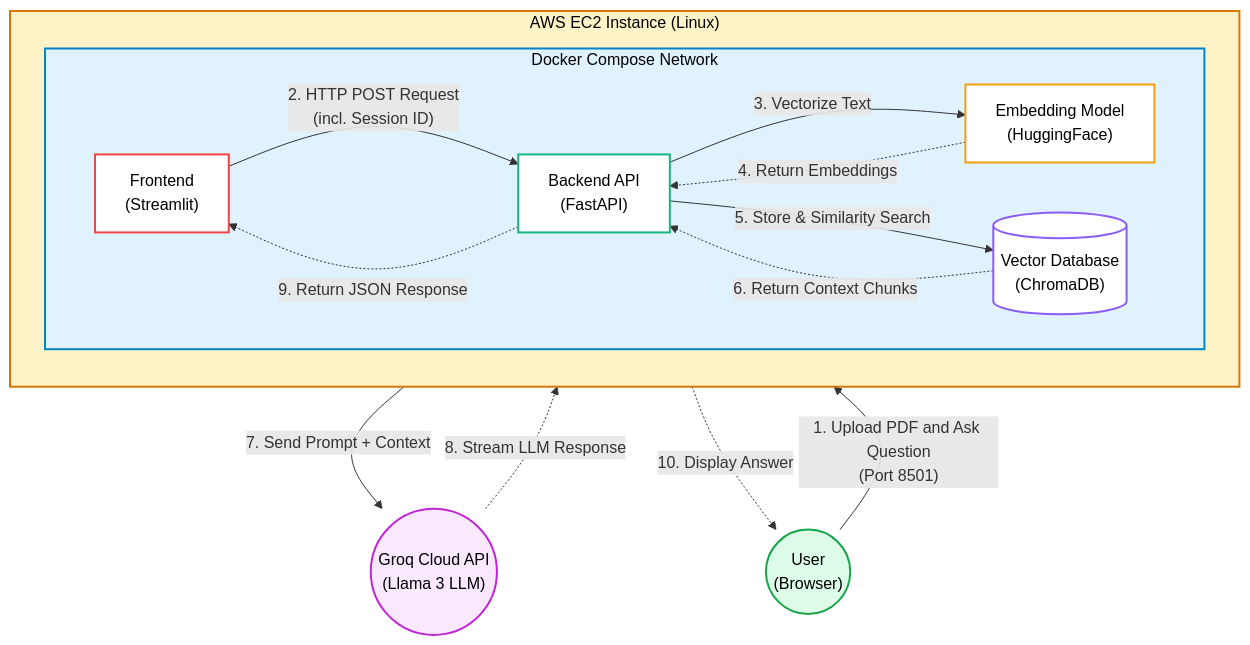
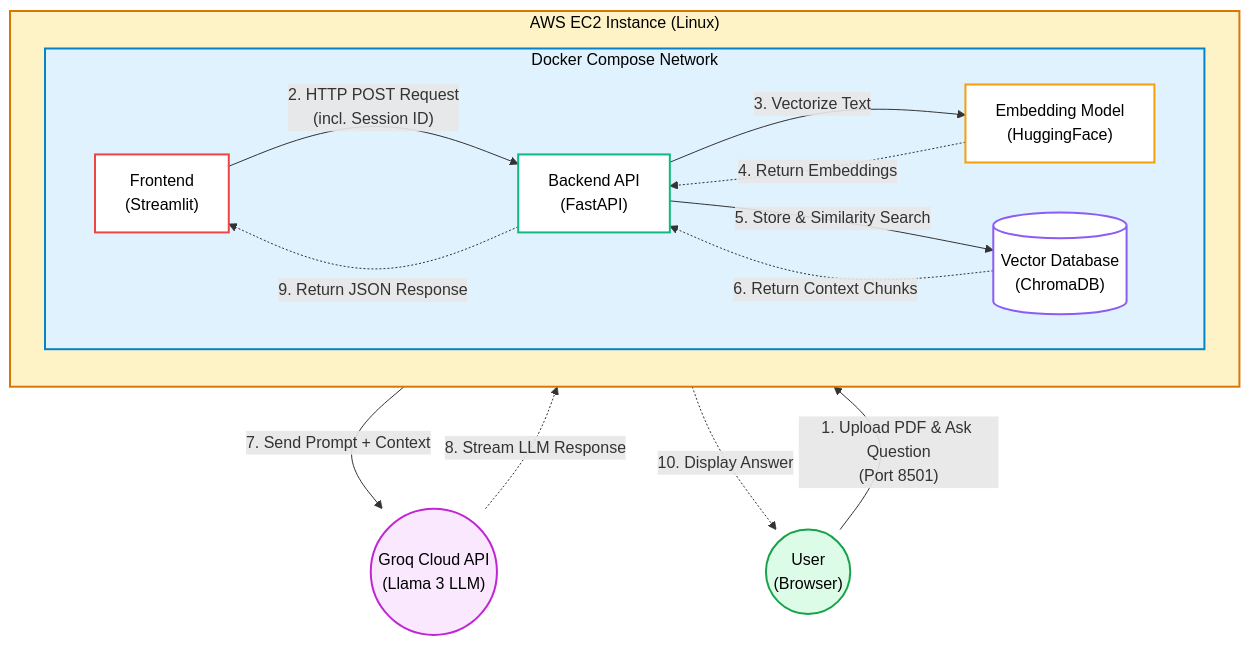
One commit to Tjaardo/pdf-ai-assistant changed the diagram in README.md. Above: the diagram before and after it, drawn with Mermaid.

````diff
--- a/README.md
+++ b/README.md
@@ -7,45 +7,46 @@
 ```mermaid
+%%{init: {'theme': 'default', 'themeVariables': { 'background': '#ffffff'}}}%%
 flowchart TD
     User(("User\n(Browser)"))
     
     subgraph AWS ["AWS EC2 Instance (Linux)"]
         direction TB
         
         subgraph Docker ["Docker Compose Network"]
             direction LR
             FE["Frontend\n(Streamlit)"]
             BE["Backend API\n(FastAPI)"]
             DB[("Vector Database\n(ChromaDB)")]
             HF["Embedding Model\n(HuggingFace)"]
         end
     end
 
     GroqCloud(("Groq Cloud API\n(Llama 3 LLM)"))
 
     %% Connections and Data Flow
-    User -- "1. Upload PDF and Ask Question\n(Port 8501)" --> FE
+    User -- "1. Upload PDF & Ask Question\n(Port 8501)" --> FE
     
     FE -- "2. HTTP POST Request\n(incl. Session ID)" --> BE
     
     BE -- "3. Vectorize Text" --> HF
     HF -. "4. Return Embeddings" .-> BE
     
     BE -- "5. Store & Similarity Search" --> DB
     DB -. "6. Return Context Chunks" .-> BE
     
     BE -- "7. Send Prompt + Context" --> GroqCloud
     GroqCloud -. "8. Stream LLM Response" .-> BE
     
     BE -. "9. Return JSON Response" .-> FE
     FE -. "10. Display Answer" .-> User
 
     %% Styling
     style AWS fill:#fef3c7,stroke:#d97706,stroke-width:2px,color:#000
     style Docker fill:#e0f2fe,stroke:#0284c7,stroke-width:2px,color:#000
     style FE fill:#ffffff,stroke:#ef4444,stroke-width:2px,color:#000
     style BE fill:#ffffff,stroke:#10b981,stroke-width:2px,color:#000
     style DB fill:#ffffff,stroke:#8b5cf6,stroke-width:2px,color:#000
     style HF fill:#ffffff,stroke:#f59e0b,stroke-width:2px,color:#000
     style User fill:#dcfce7,stroke:#16a34a,stroke-width:2px,color:#000
     style GroqCloud fill:#fae8ff,stroke:#c026d3,stroke-width:2px,color:#000
 ```
````
